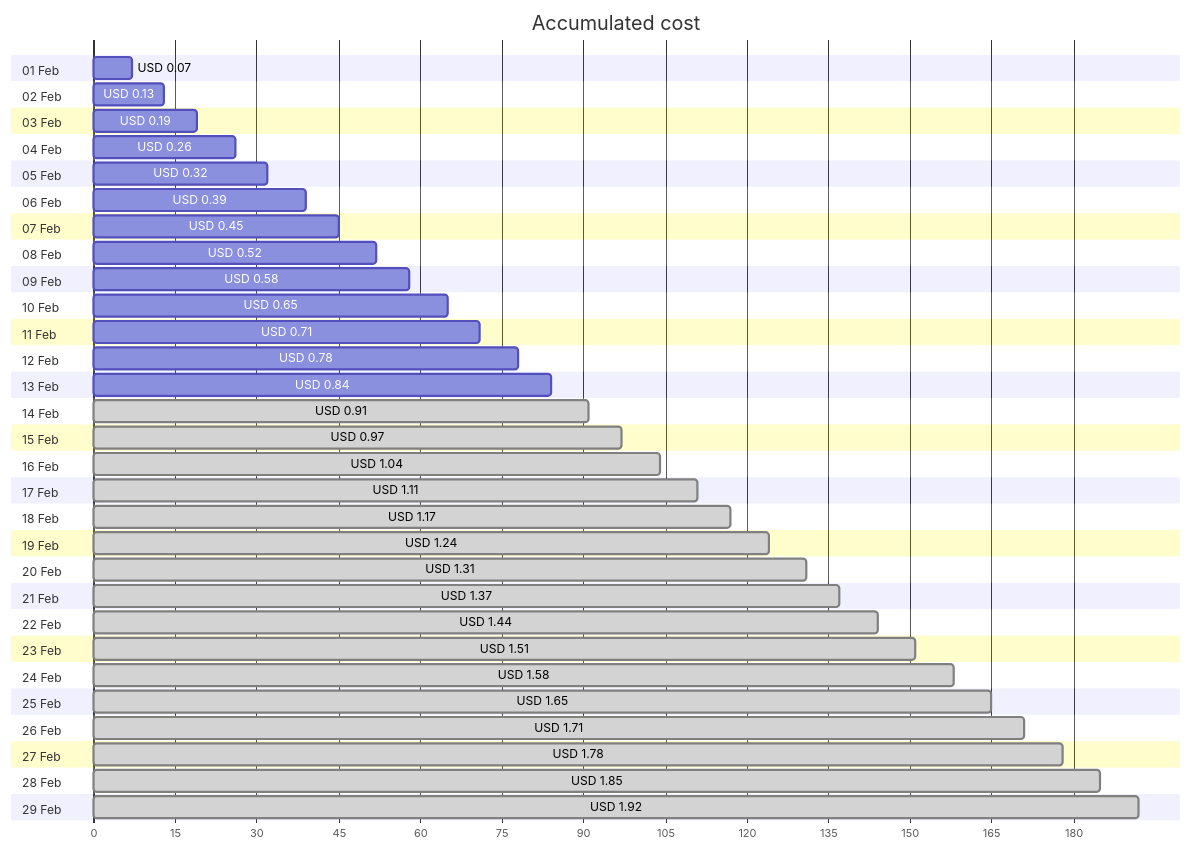
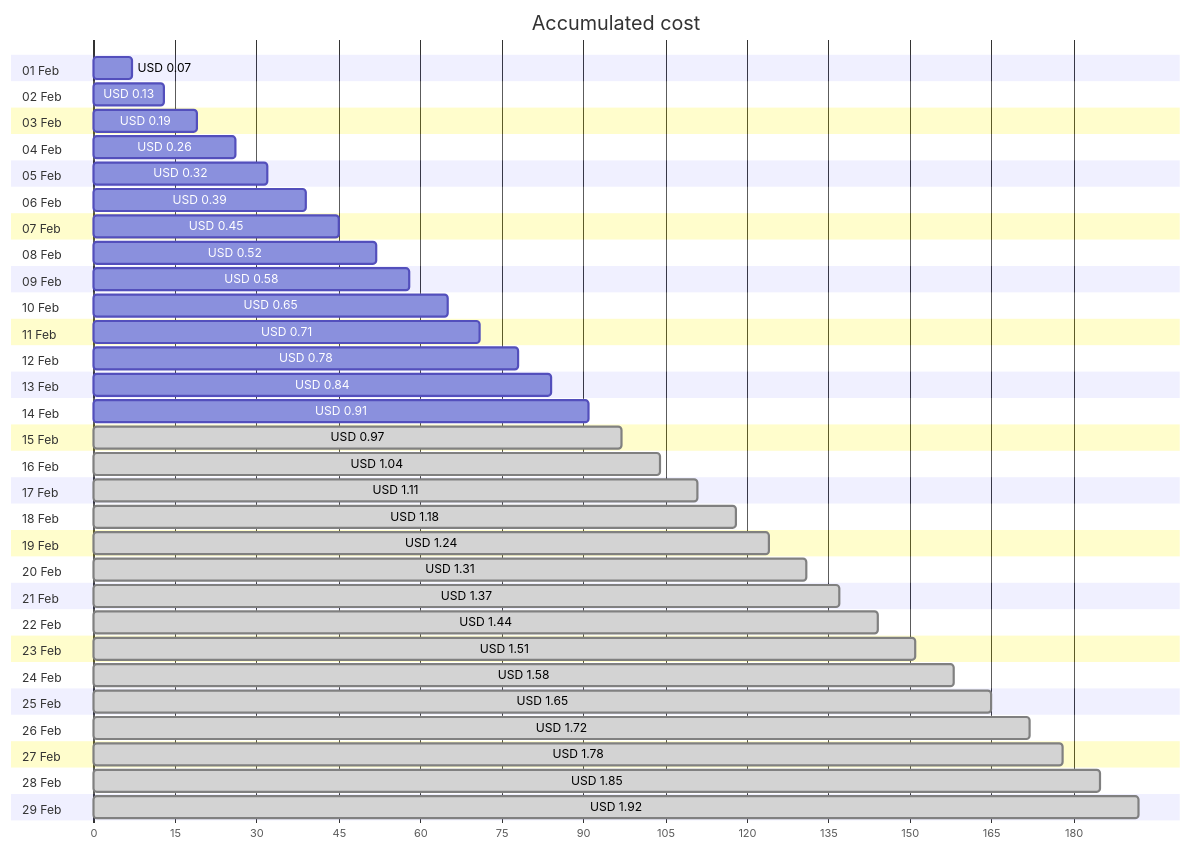
Before and after one commit to jpfulton/azure-personal-reports: the first of 4 diagrams in cost-reports/personal-network/backup-server_OsDisk.md, drawn with Mermaid. The commit also changed other lines of this file and 8 other files, not shown here.

````diff
--- a/cost-reports/personal-network/backup-server_OsDisk.md
+++ b/cost-reports/personal-network/backup-server_OsDisk.md
@@ -20,64 +20,64 @@
 ```mermaid
 gantt
    title Accumulated cost
    dateFormat  X
    axisFormat %s
    section 01 Feb
    USD 0.07 :0, 7
    section 02 Feb
    USD 0.13 :0, 13
    section 03 Feb
    USD 0.19 :0, 19
    section 04 Feb
    USD 0.26 :0, 26
    section 05 Feb
    USD 0.32 :0, 32
    section 06 Feb
    USD 0.39 :0, 39
    section 07 Feb
    USD 0.45 :0, 45
    section 08 Feb
    USD 0.52 :0, 52
    section 09 Feb
    USD 0.58 :0, 58
    section 10 Feb
    USD 0.65 :0, 65
    section 11 Feb
    USD 0.71 :0, 71
    section 12 Feb
    USD 0.78 :0, 78
    section 13 Feb
    USD 0.84 :0, 84
    section 14 Feb
-   USD 0.91 : done, 0, 91
+   USD 0.91 :0, 91
    section 15 Feb
    USD 0.97 : done, 0, 97
    section 16 Feb
    USD 1.04 : done, 0, 104
    section 17 Feb
    USD 1.11 : done, 0, 111
    section 18 Feb
-   USD 1.17 : done, 0, 117
+   USD 1.18 : done, 0, 118
    section 19 Feb
    USD 1.24 : done, 0, 124
    section 20 Feb
    USD 1.31 : done, 0, 131
    section 21 Feb
    USD 1.37 : done, 0, 137
    section 22 Feb
    USD 1.44 : done, 0, 144
    section 23 Feb
    USD 1.51 : done, 0, 151
    section 24 Feb
    USD 1.58 : done, 0, 158
    section 25 Feb
    USD 1.65 : done, 0, 165
    section 26 Feb
-   USD 1.71 : done, 0, 171
+   USD 1.72 : done, 0, 172
    section 27 Feb
    USD 1.78 : done, 0, 178
    section 28 Feb
    USD 1.85 : done, 0, 185
    section 29 Feb
    USD 1.92 : done, 0, 192
 ```
````
